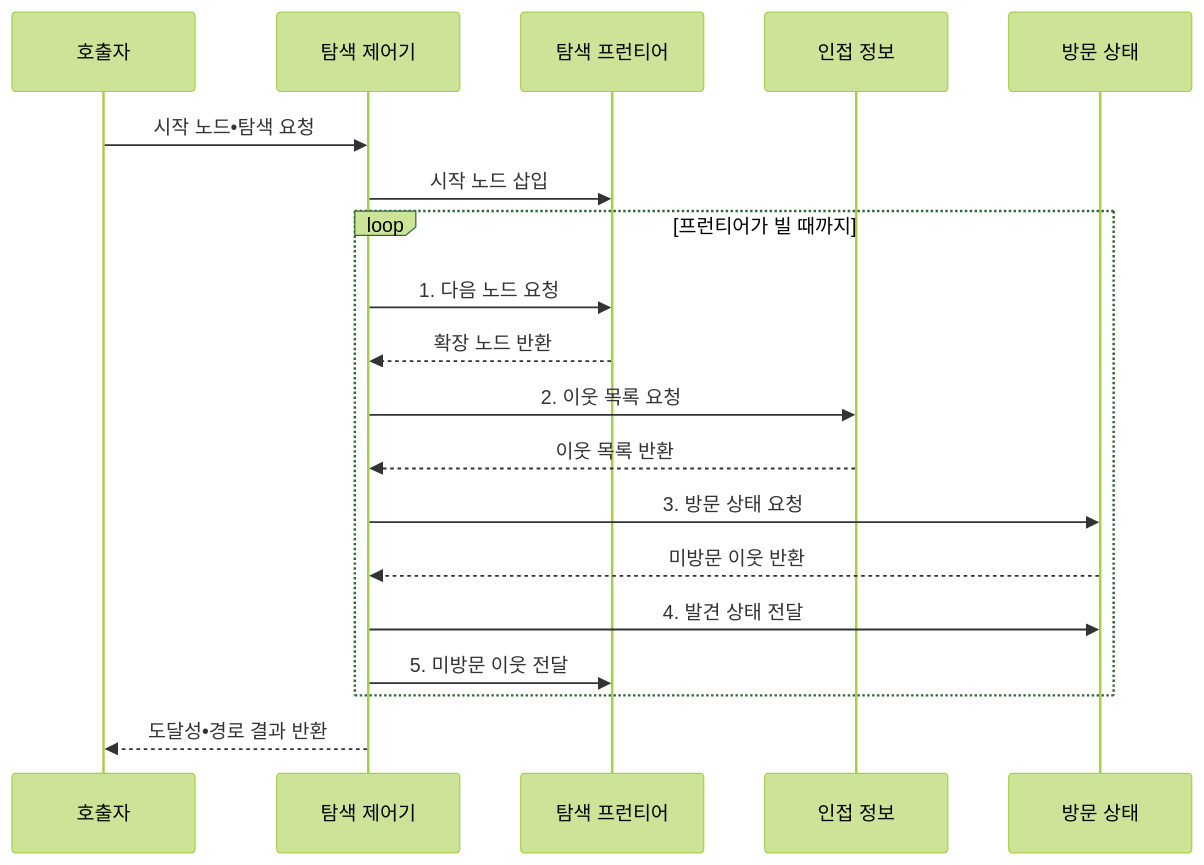
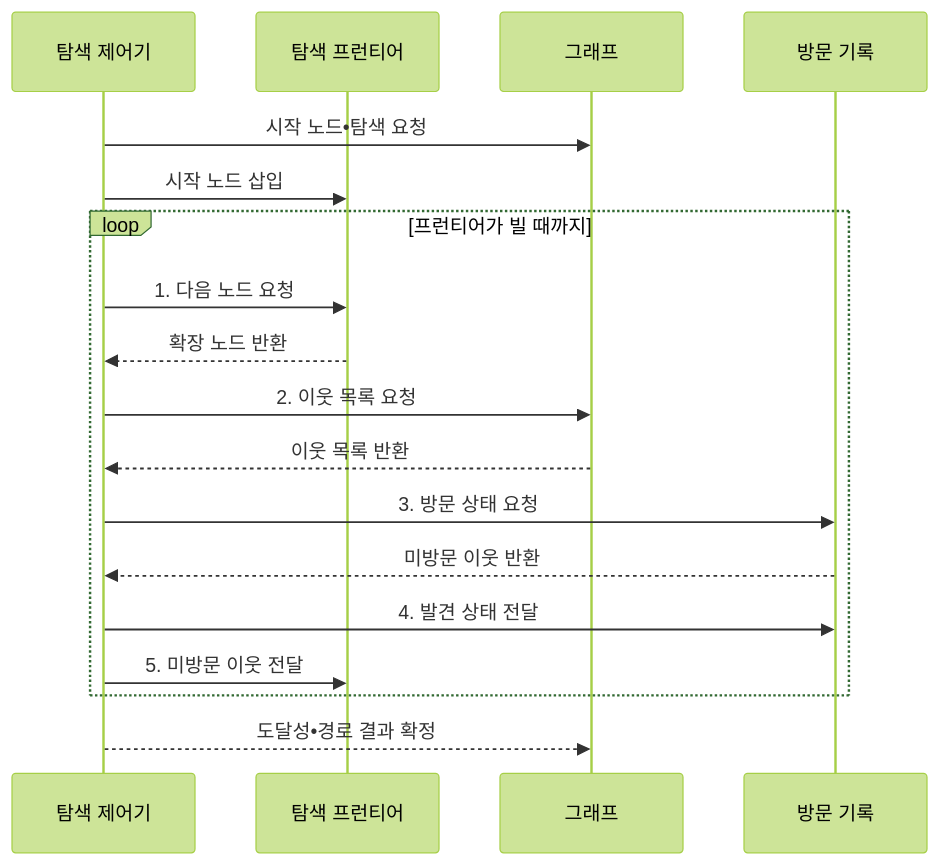
One commit to agnusdei1207/knowledge-base changed the second of 2 diagrams in src/content/docs/notes/01-basic-theory/010_graph_traversal.md. Above: the diagram before and after it, drawn with Mermaid (forest theme). The commit also changed other lines of this file and 4 other files, not shown here.

Commit message:
Simplify core algorithm flow actors

````diff
--- a/src/content/docs/notes/01-basic-theory/010_graph_traversal.md
+++ b/src/content/docs/notes/01-basic-theory/010_graph_traversal.md
@@ -101,21 +101,20 @@
 ```mermaid
 sequenceDiagram
-    participant Q as 호출자
     participant C as 탐색 제어기
     participant F as 탐색 프런티어
-    participant A as 인접 정보
-    participant V as 방문 상태
-    Q->>C: 시작 노드•탐색 요청
+    participant G as 그래프
+    participant V as 방문 기록
+    C->>G: 시작 노드•탐색 요청
     C->>F: 시작 노드 삽입
     loop 프런티어가 빌 때까지
         C->>F: 1. 다음 노드 요청
         F-->>C: 확장 노드 반환
-        C->>A: 2. 이웃 목록 요청
-        A-->>C: 이웃 목록 반환
+        C->>G: 2. 이웃 목록 요청
+        G-->>C: 이웃 목록 반환
         C->>V: 3. 방문 상태 요청
         V-->>C: 미방문 이웃 반환
         C->>V: 4. 발견 상태 전달
         C->>F: 5. 미방문 이웃 전달
     end
-    C-->>Q: 도달성•경로 결과 반환
+    C-->>G: 도달성•경로 결과 확정
 ```
````
